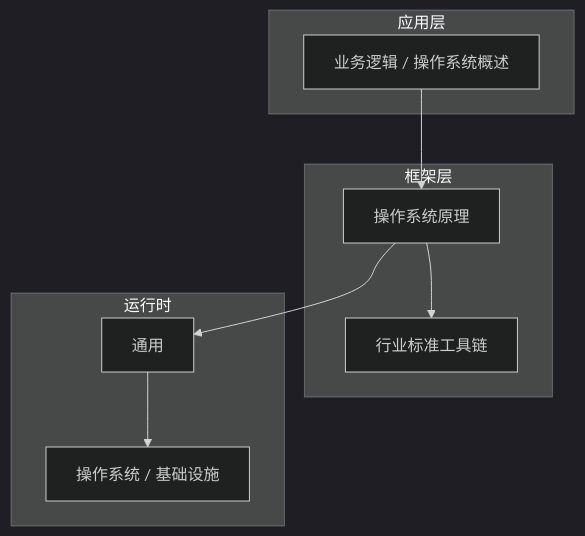
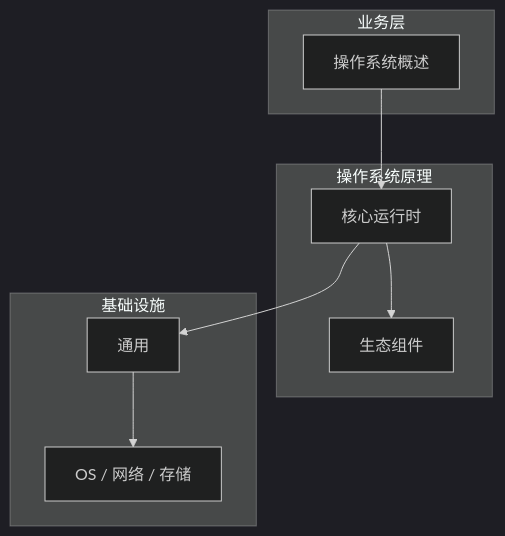
One commit to yanggan2015/knowledge-json-v2 changed the diagram in articles/操作系统原理/chapters/001-操作系统概述核心概念与原理.md. Above: the diagram before and after it, drawn with Mermaid (dark theme). The commit also changed other lines of this file and 10127 other files, not shown here.

````diff
--- a/articles/操作系统原理/chapters/001-操作系统概述核心概念与原理.md
+++ b/articles/操作系统原理/chapters/001-操作系统概述核心概念与原理.md
@@ -45,18 +34,18 @@
 ```mermaid
 graph TB
-    subgraph 应用层
-        A[业务逻辑 / 操作系统概述]
+    subgraph 业务层
+        A[操作系统概述]
     end
-    subgraph 框架层
-        B[操作系统原理]
-        C[行业标准工具链]
+    subgraph 操作系统原理
+        B[核心运行时]
+        C[生态组件]
     end
-    subgraph 运行时
+    subgraph 基础设施
         D[通用]
-        E[操作系统 / 基础设施]
+        E[OS / 网络 / 存储]
     end
     A --> B
     B --> C
     B --> D
     D --> E
 ```
````
